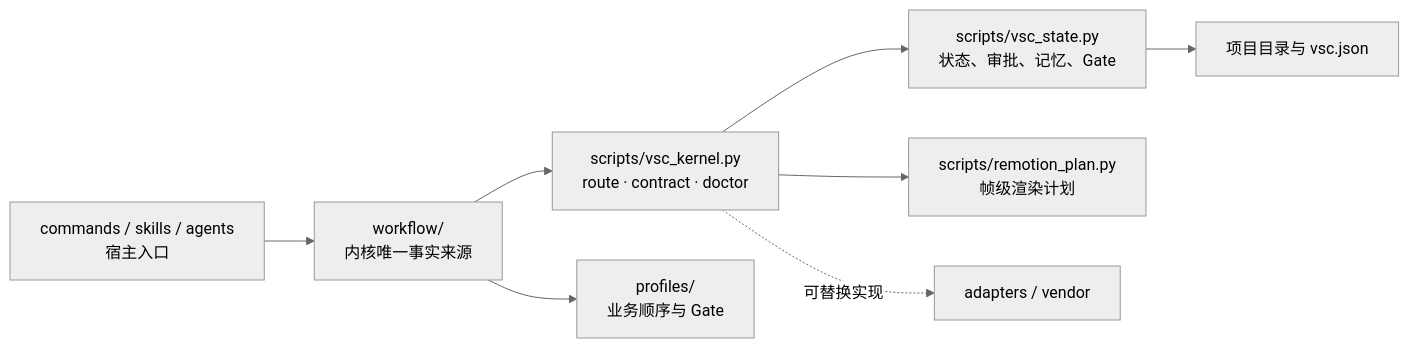
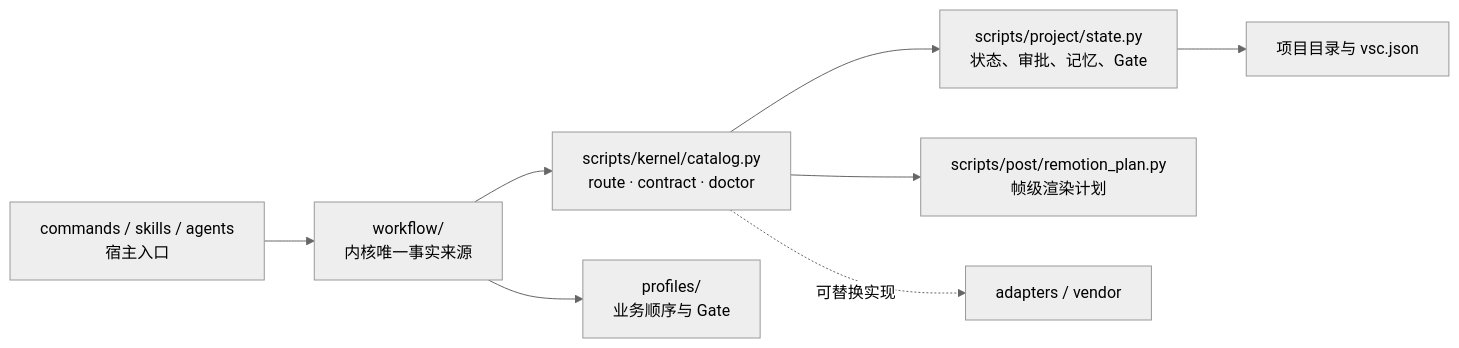
Before and after one commit to cloudxy/vsc-plugin: the diagram in docs/architecture/kernel-refactor.md, drawn with Mermaid (neutral theme). The commit also changed other lines of this file and 299 other files, not shown here.

````diff
--- a/docs/architecture/kernel-refactor.md
+++ b/docs/architecture/kernel-refactor.md
@@ -13,10 +13,10 @@
 ```mermaid
 flowchart LR
   H[commands / skills / agents<br/>宿主入口] --> K[workflow/<br/>内核唯一事实来源]
-  K --> Q[scripts/vsc_kernel.py<br/>route · contract · doctor]
-  Q --> S[scripts/vsc_state.py<br/>状态、审批、记忆、Gate]
-  Q --> R[scripts/remotion_plan.py<br/>帧级渲染计划]
+  K --> Q[scripts/kernel/catalog.py<br/>route · contract · doctor]
+  Q --> S[scripts/project/state.py<br/>状态、审批、记忆、Gate]
+  Q --> R[scripts/post/remotion_plan.py<br/>帧级渲染计划]
   K --> P[profiles/<br/>业务顺序与 Gate]
   S --> I[项目目录与 vsc.json]
   Q -. 可替换实现 .-> A[adapters / vendor]
 ```
````
